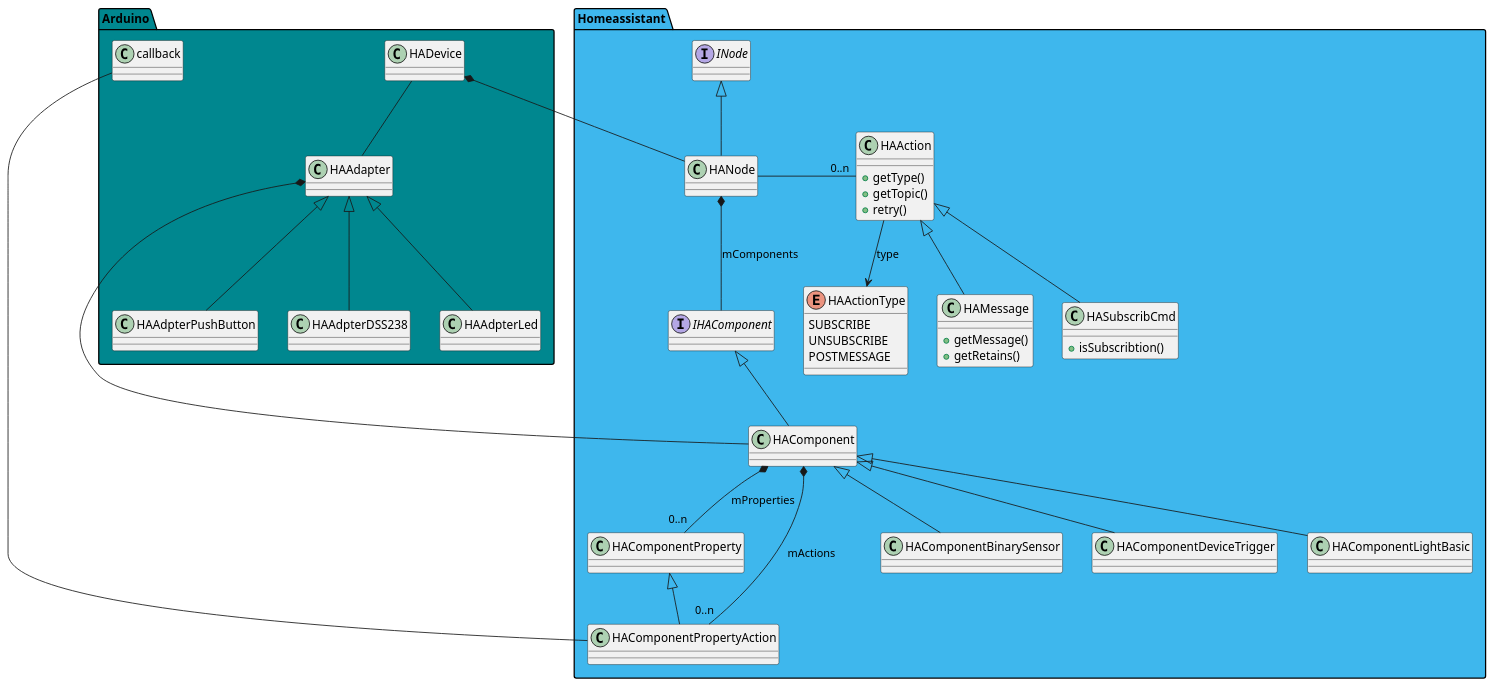
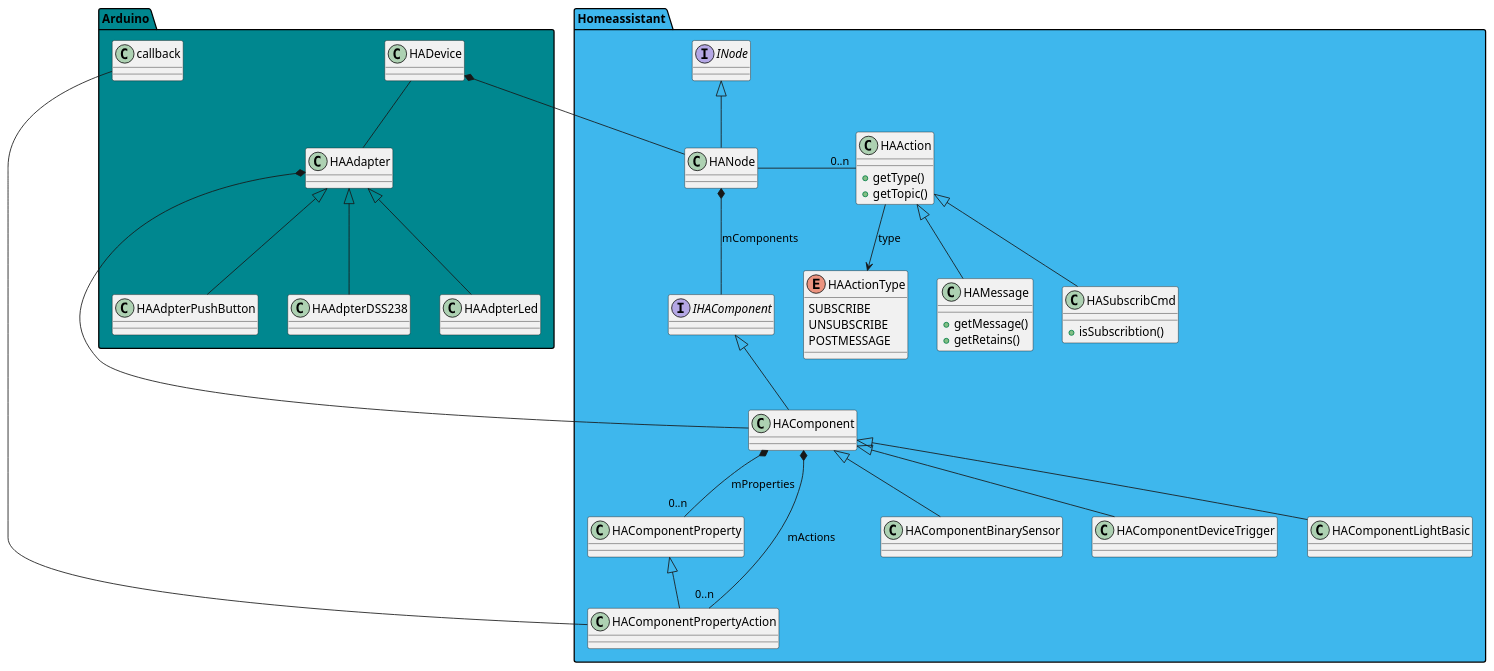
The diagram in doc/src/CD_All.puml (SBKila/homeassistantlibrary), drawn with PlantUML before and after one commit. The commit also changed 13 other files, not shown here.

```diff
--- a/doc/src/CD_All.puml
+++ b/doc/src/CD_All.puml
@@ -1,66 +1,57 @@
 @startuml General Class Diagram
 
-
 package "Arduino" #00878F {
-
   class HADevice
   HADevice -- HAAdapter
   HAAdapter <|-- HAAdpterPushButton
   HAAdapter <|-- HAAdpterDSS238
   HAAdapter <|-- HAAdpterLed
   class callback
-
 }
 
 package "Homeassistant" #3eb7ed {
-
   interface INode
   class HANode
   HADevice *-- HANode
   INode <|-- HANode
   HANode *-- IHAComponent : mComponents
   HANode - "0..n" HAAction
-
 
   interface IHAComponent
   class HAComponent
   IHAComponent <|-- HAComponent
   HAComponent *-- "0..n" HAComponentProperty : mProperties
   HAComponent *-- "0..n" HAComponentPropertyAction : mActions
   HAAdapter *-- HAComponent
 
   class HAComponentProperty
   class HAComponentPropertyAction
   HAComponentProperty <|-- HAComponentPropertyAction
   callback -- HAComponentPropertyAction
 
   HAComponent <|-- HAComponentBinarySensor
   HAComponent <|-- HAComponentDeviceTrigger
   HAComponent <|-- HAComponentLightBasic
 
   enum HAActionType {
     SUBSCRIBE
     UNSUBSCRIBE
     POSTMESSAGE
   }
 
   class HAAction {
     +getType()
     +getTopic()
-    +retry()
   }
   class HAMessage {
     +getMessage()
     +getRetains()
   }
   class HASubscribCmd {
     +isSubscribtion()
   }
   HAAction --> HAActionType : type
   HAAction <|-- HAMessage
   HAAction <|-- HASubscribCmd
-  
-  
 }
-
 @enduml
```
